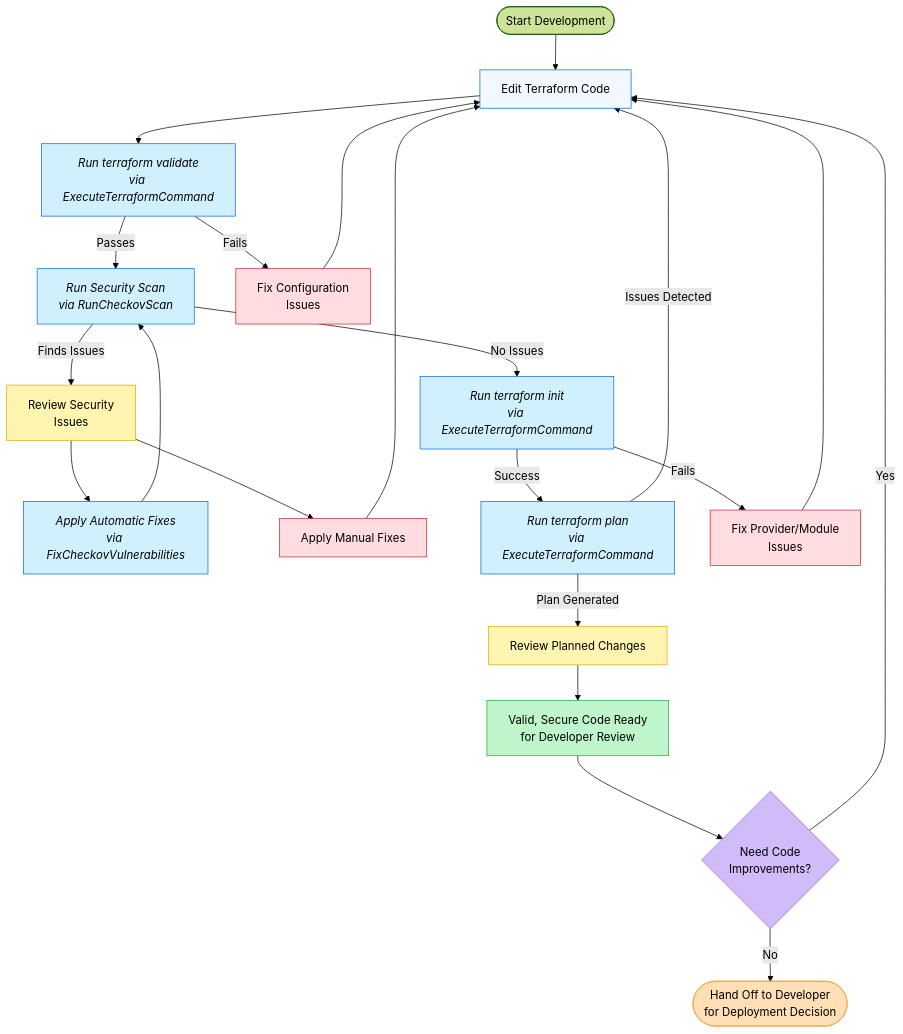
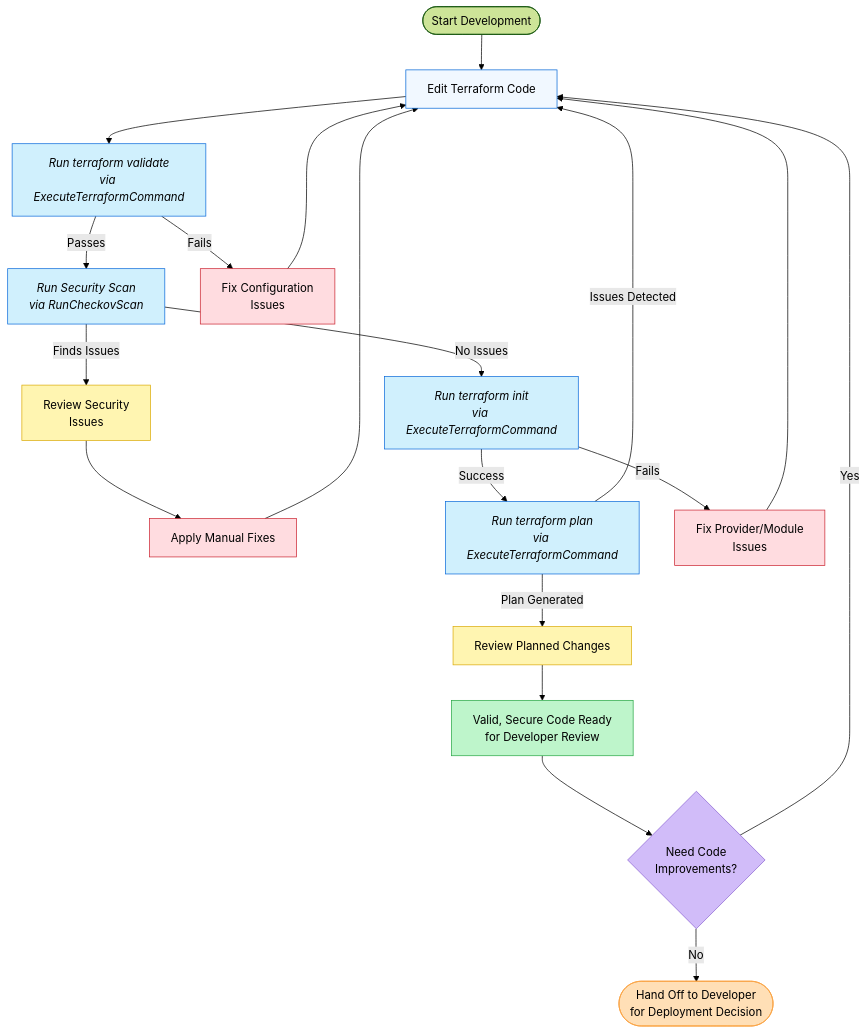
One commit to awslabs/mcp changed the diagram in src/terraform-mcp-server/awslabs/terraform_mcp_server/static/TERRAFORM_WORKFLOW_GUIDE.md. Above: the diagram before and after it, drawn with Mermaid (forest theme). The commit also changed other lines of this file and 2 other files, not shown here.

Commit message:
fix: tf workflow docs for checkov

````diff
--- a/src/terraform-mcp-server/awslabs/terraform_mcp_server/static/TERRAFORM_WORKFLOW_GUIDE.md
+++ b/src/terraform-mcp-server/awslabs/terraform_mcp_server/static/TERRAFORM_WORKFLOW_GUIDE.md
@@ -26,55 +26,53 @@
 ``` mermaid
 flowchart TD
     start([Start Development]) --> edit[Edit Terraform Code]
     
     %% Initial Code Validation
     edit --> tfValidate[Run terraform validate\nvia ExecuteTerraformCommand]
     
     %% Validation Flow
     tfValidate -->|Passes| checkovScan[Run Security Scan\nvia RunCheckovScan]
     tfValidate -->|Fails| fixValidation[Fix Configuration\nIssues]
     fixValidation --> edit
     
     %% Checkov Flow
     checkovScan -->|No Issues| tfInit[Run terraform init\nvia ExecuteTerraformCommand]
     checkovScan -->|Finds Issues| reviewIssues[Review Security\nIssues]
     
-    reviewIssues --> autoFix[Apply Automatic Fixes\nvia FixCheckovVulnerabilities]
     reviewIssues --> manualFix[Apply Manual Fixes]
     
-    autoFix --> checkovScan
     manualFix --> edit
     
     %% Terraform Init & Plan (No Apply)
     tfInit -->|Success| tfPlan[Run terraform plan\nvia ExecuteTerraformCommand]
     tfInit -->|Fails| fixInit[Fix Provider/Module\nIssues]
     fixInit --> edit
     
     %% Final Review & Handoff to Developer
     tfPlan -->|Plan Generated| reviewPlan[Review Planned Changes]
     tfPlan -->|Issues Detected| edit
     
     reviewPlan --> codeReady[Valid, Secure Code Ready\nfor Developer Review]
     
     %% Iteration for Improvements
     codeReady --> newChanges{Need Code\nImprovements?}
     newChanges -->|Yes| edit
     newChanges -->|No| handoff([Hand Off to Developer\nfor Deployment Decision])
     
     %% Styling
     classDef success fill:#bef5cb,stroke:#28a745
     classDef warning fill:#fff5b1,stroke:#dbab09  
     classDef error fill:#ffdce0,stroke:#cb2431
     classDef process fill:#f1f8ff,stroke:#0366d6
     classDef decision fill:#d1bcf9,stroke:#8a63d2
     classDef mcptool fill:#d0f0fd,stroke:#0969da,font-style:italic
     classDef handoff fill:#ffdfb6,stroke:#f9a03f
     
     class codeReady success
     class reviewIssues,reviewPlan warning
     class fixValidation,fixInit,manualFix error
     class edit process
     class newChanges decision
-    class tfValidate,checkovScan,tfInit,tfPlan,autoFix mcptool
+    class tfValidate,checkovScan,tfInit,tfPlan mcptool
     class handoff handoff
 ```
````
